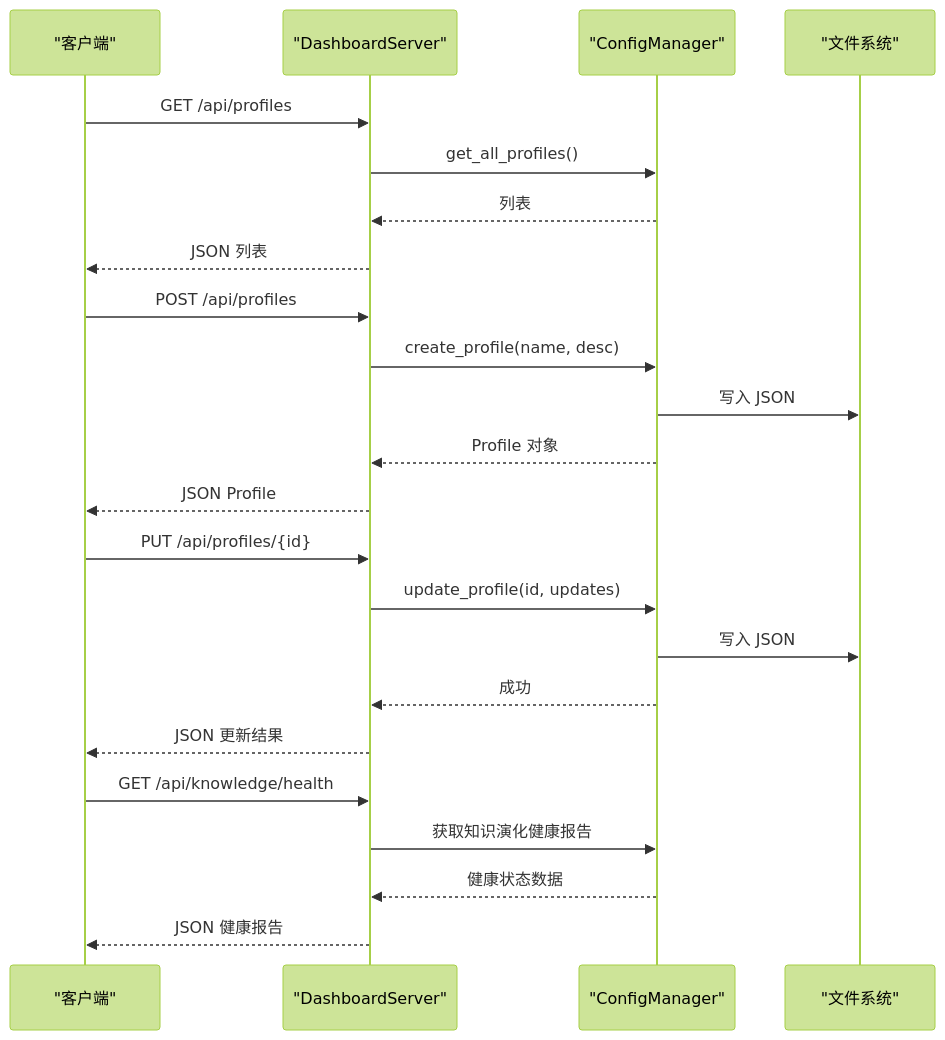
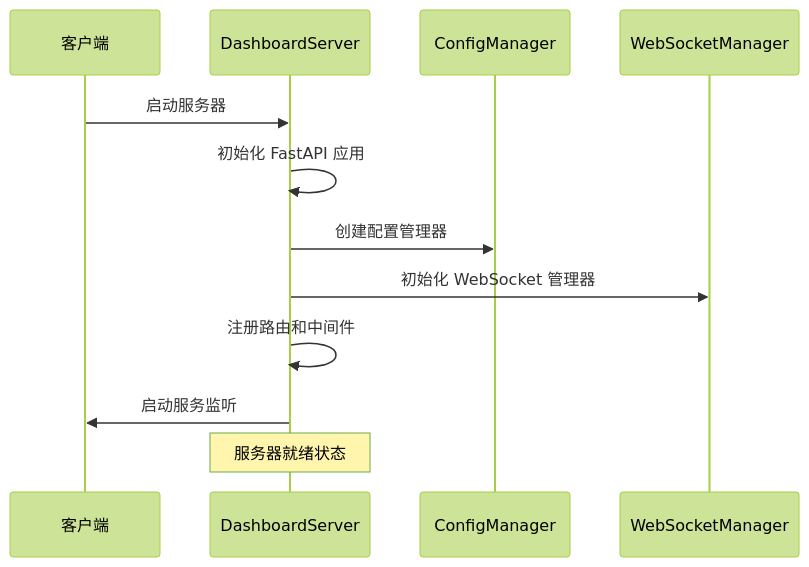
Before and after one commit to JieGaoPrinceton/NecoRAG: the second of 11 diagrams in .qoder/repowiki/zh/content/仪表板系统/仪表板系统.md, drawn with Mermaid (forest theme). The commit also changed other lines of this file and 181 other files, not shown here.

````diff
--- a/.qoder/repowiki/zh/content/仪表板系统/仪表板系统.md
+++ b/.qoder/repowiki/zh/content/仪表板系统/仪表板系统.md
@@ -193,25 +84,14 @@
 ```mermaid
 sequenceDiagram
-participant Client as "客户端"
-participant Server as "DashboardServer"
-participant CM as "ConfigManager"
-participant FS as "文件系统"
-Client->>Server : GET /api/profiles
-Server->>CM : get_all_profiles()
-CM-->>Server : 列表
-Server-->>Client : JSON 列表
-Client->>Server : POST /api/profiles
-Server->>CM : create_profile(name, desc)
-CM->>FS : 写入 JSON
-CM-->>Server : Profile 对象
-Server-->>Client : JSON Profile
-Client->>Server : PUT /api/profiles/{id}
-Server->>CM : update_profile(id, updates)
-CM->>FS : 写入 JSON
-CM-->>Server : 成功
-Server-->>Client : JSON 更新结果
-Client->>Server : GET /api/knowledge/health
-Server->>CM : 获取知识演化健康报告
-CM-->>Server : 健康状态数据
-Server-->>Client : JSON 健康报告
+participant Client as 客户端
+participant Server as DashboardServer
+participant Config as ConfigManager
+participant WS as WebSocketManager
+Client->>Server : 启动服务器
+Server->>Server : 初始化 FastAPI 应用
+Server->>Config : 创建配置管理器
+Server->>WS : 初始化 WebSocket 管理器
+Server->>Server : 注册路由和中间件
+Server->>Client : 启动服务监听
+Note over Server : 服务器就绪状态
 ```
````
